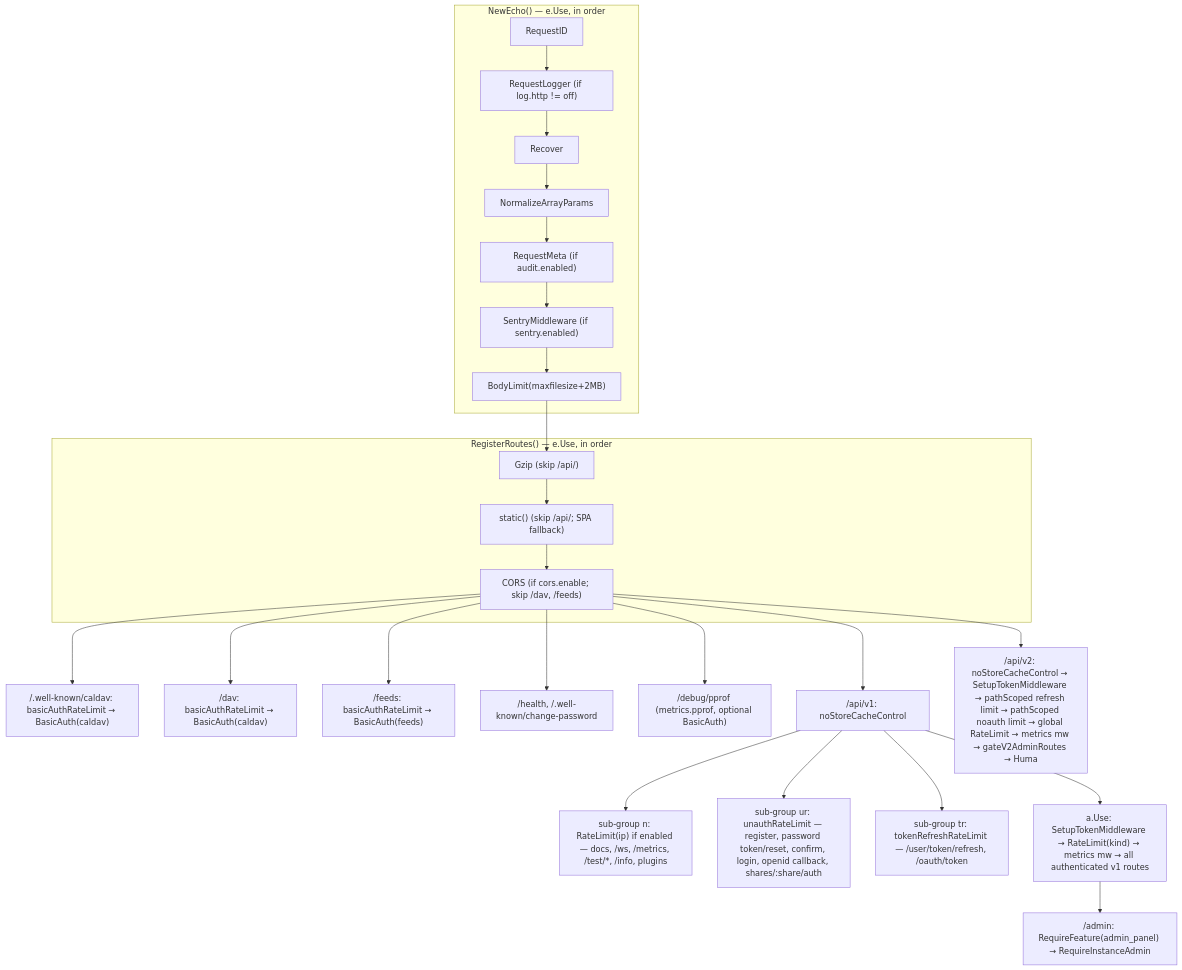
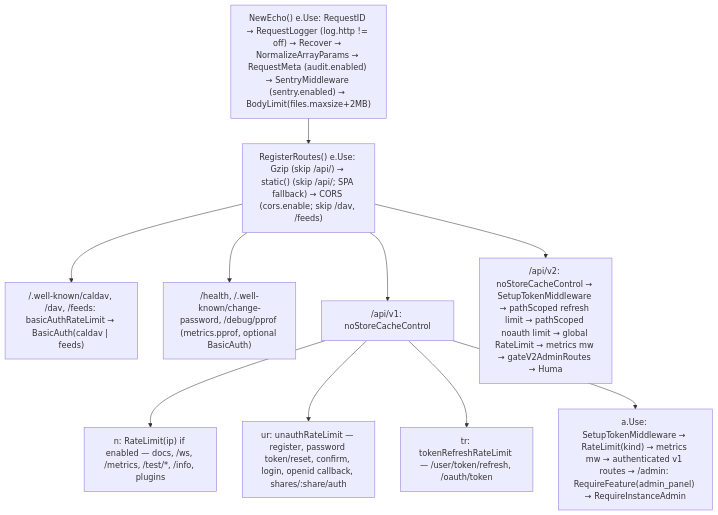
One commit to talbama/vikunja-port changed the diagram in .agents/wiki/components/backend/http-routing-and-middleware.md. Above: the diagram before and after it, drawn with Mermaid. The commit also changed other lines of this file and 57 other files, not shown here.

````diff
--- a/.agents/wiki/components/backend/http-routing-and-middleware.md
+++ b/.agents/wiki/components/backend/http-routing-and-middleware.md
@@ -47,22 +47,13 @@
 ```mermaid
 flowchart TB
-    subgraph global["NewEcho() — e.Use, in order"]
-        R[RequestID] --> L["RequestLogger (if log.http != off)"] --> RC[Recover] --> N[NormalizeArrayParams] --> M["RequestMeta (if audit.enabled)"] --> S["SentryMiddleware (if sentry.enabled)"] --> B["BodyLimit(maxfilesize+2MB)"]
-    end
-    subgraph reg["RegisterRoutes() — e.Use, in order"]
-        G["Gzip (skip /api/)"] --> ST["static() (skip /api/; SPA fallback)"] --> C["CORS (if cors.enable; skip /dav, /feeds)"]
-    end
-    B --> G
-    C --> WK["/.well-known/caldav: basicAuthRateLimit → BasicAuth(caldav)"]
-    C --> DAV["/dav: basicAuthRateLimit → BasicAuth(caldav)"]
-    C --> F["/feeds: basicAuthRateLimit → BasicAuth(feeds)"]
-    C --> H["/health, /.well-known/change-password"]
-    C --> P["/debug/pprof (metrics.pprof, optional BasicAuth)"]
+    G["NewEcho() e.Use: RequestID → RequestLogger (log.http != off) → Recover → NormalizeArrayParams → RequestMeta (audit.enabled) → SentryMiddleware (sentry.enabled) → BodyLimit(files.maxsize+2MB)"]
+    G --> C["RegisterRoutes() e.Use: Gzip (skip /api/) → static() (skip /api/; SPA fallback) → CORS (cors.enable; skip /dav, /feeds)"]
+    C --> BA["/.well-known/caldav, /dav, /feeds: basicAuthRateLimit → BasicAuth(caldav | feeds)"]
+    C --> H["/health, /.well-known/change-password, /debug/pprof (metrics.pprof, optional BasicAuth)"]
     C --> V1["/api/v1: noStoreCacheControl"]
     C --> V2["/api/v2: noStoreCacheControl → SetupTokenMiddleware → pathScoped refresh limit → pathScoped noauth limit → global RateLimit → metrics mw → gateV2AdminRoutes → Huma"]
-    V1 --> N1["sub-group n: RateLimit(ip) if enabled — docs, /ws, /metrics, /test/*, /info, plugins"]
-    V1 --> UR["sub-group ur: unauthRateLimit — register, password token/reset, confirm, login, openid callback, shares/:share/auth"]
-    V1 --> TR["sub-group tr: tokenRefreshRateLimit — /user/token/refresh, /oauth/token"]
-    V1 --> A["a.Use: SetupTokenMiddleware → RateLimit(kind) → metrics mw → all authenticated v1 routes"]
-    A --> ADM["/admin: RequireFeature(admin_panel) → RequireInstanceAdmin"]
+    V1 --> N1["n: RateLimit(ip) if enabled — docs, /ws, /metrics, /test/*, /info, plugins"]
+    V1 --> UR["ur: unauthRateLimit — register, password token/reset, confirm, login, openid callback, shares/:share/auth"]
+    V1 --> TR["tr: tokenRefreshRateLimit — /user/token/refresh, /oauth/token"]
+    V1 --> A["a.Use: SetupTokenMiddleware → RateLimit(kind) → metrics mw → authenticated v1 routes → /admin: RequireFeature(admin_panel) → RequireInstanceAdmin"]
 ```
````
